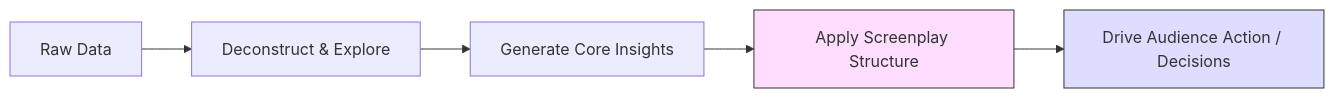
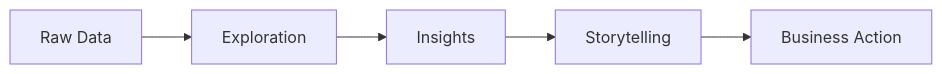
The first of 2 diagrams in Trimester 1/Data Visualization & Storytelling/W02 - Module 1b. Taxonomy of Data Visualisation Methods/L5/Lessons in Storytelling Transcript.md (Balasubramanian-pg/MSC.-Data-Science-AI), drawn with Mermaid before and after one commit. The commit also changed other lines of this file, not shown here.

Commit message:
Update Lessons in Storytelling Transcript.md

````diff
--- a/Trimester 1/Data Visualization & Storytelling/W02 - Module 1b. Taxonomy of Data Visualisation Methods/L5/Lessons in Storytelling Transcript.md
+++ b/Trimester 1/Data Visualization & Storytelling/W02 - Module 1b. Taxonomy of Data Visualisation Methods/L5/Lessons in Storytelling Transcript.md
@@ -14,10 +65,12 @@
 ```mermaid
-graph LR
-    Data[Raw Data] --> Exploration[Deconstruct & Explore]
-    Exploration --> Insights[Generate Core Insights]
-    Insights --> Storytelling[Apply Screenplay Structure]
-    Storytelling --> Action[Drive Audience Action / Decisions]
-    
-    style Storytelling fill:#fdf,stroke:#333,stroke-width:1px
-    style Action fill:#ddf,stroke:#333,stroke-width:1px
+flowchart LR
+
+A[Raw Data]
+--> B[Exploration]
+
+B --> C[Insights]
+
+C --> D[Storytelling]
+
+D --> E[Business Action]
 ```
````
